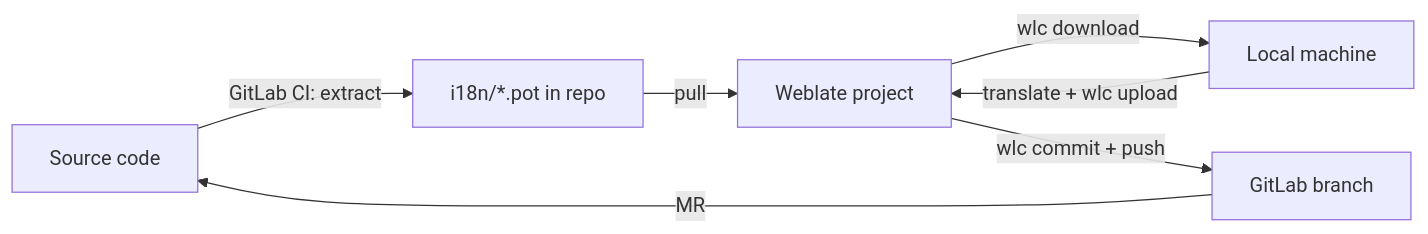
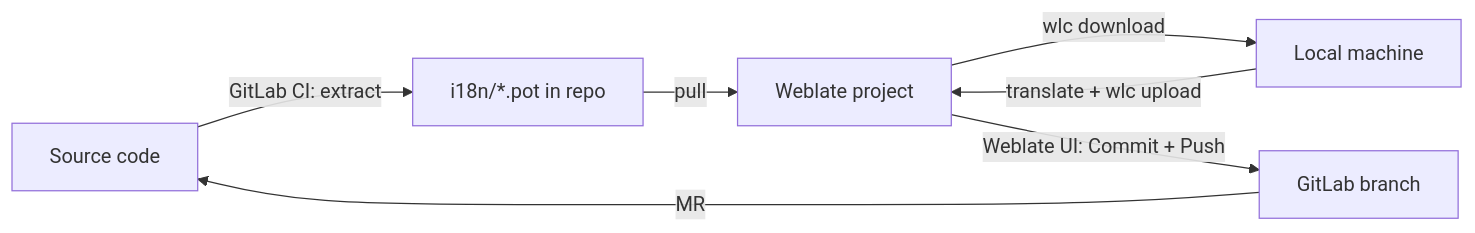
One commit to linh404/my-skills changed the diagram in skills/odoo-wlc/reference/translation-flow.md. Above: the diagram before and after it, drawn with Mermaid. The commit also changed other lines of this file and 1 other file, not shown here.

Commit message:
docs(odoo-wlc): use Weblate UI for push

````diff
--- a/skills/odoo-wlc/reference/translation-flow.md
+++ b/skills/odoo-wlc/reference/translation-flow.md
@@ -13,9 +13,9 @@
 ```mermaid
 flowchart LR
     A[Source code] -->|GitLab CI: extract| B[i18n/*.pot in repo]
     B -->|pull| C[Weblate project]
     C -->|wlc download| D[Local machine]
     D -->|translate + wlc upload| C
-    C -->|wlc commit + push| E[GitLab branch]
+    C -->|Weblate UI: Commit + Push| E[GitLab branch]
     E -->|MR| A
 ```
````
